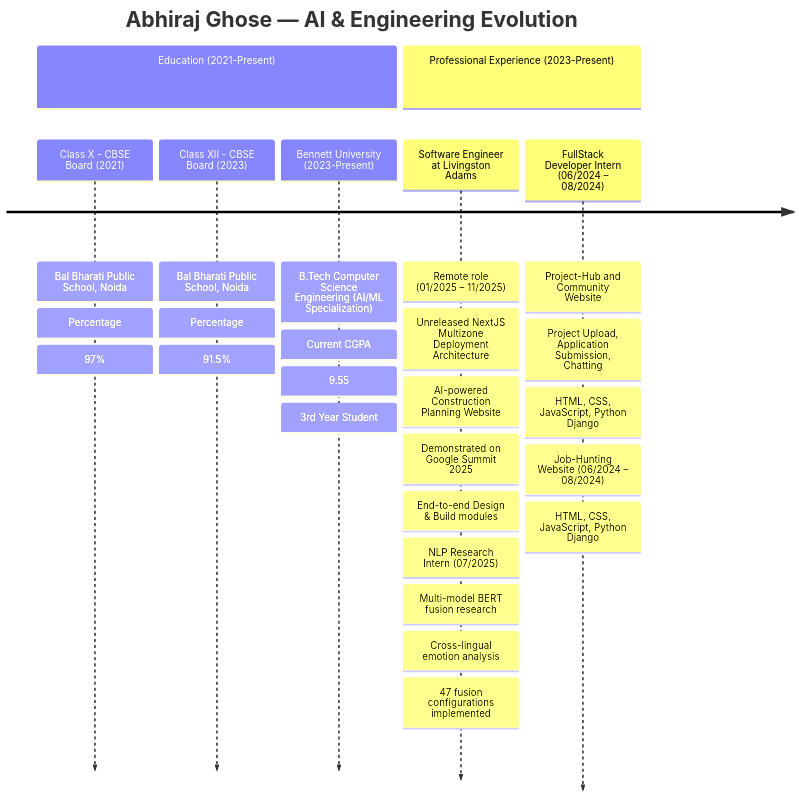
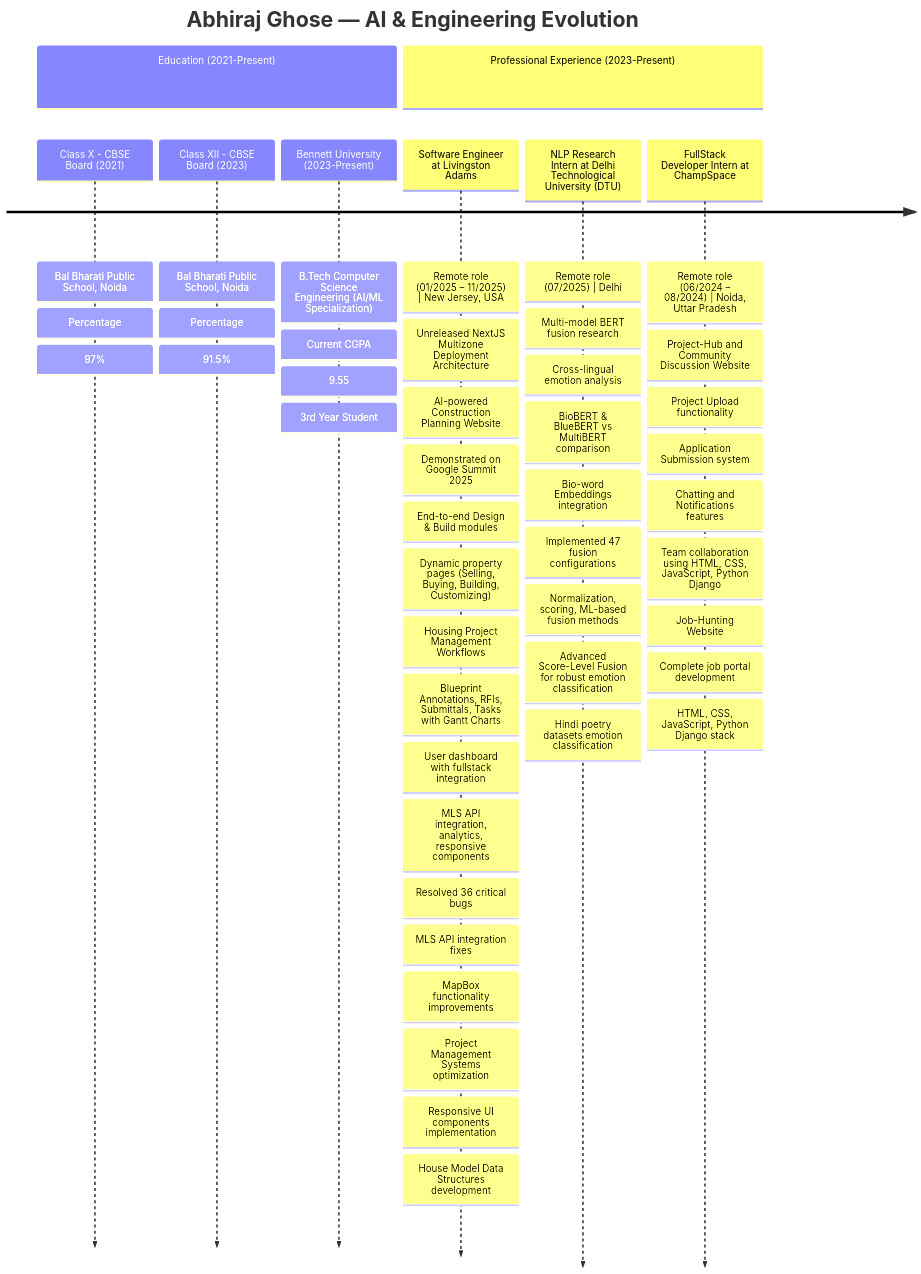
Before and after one commit to AetherSparks/AetherSparks: the diagram in README.md, drawn with Mermaid.

Commit message:
Professional Journey Expanded

````diff
--- a/README.md
+++ b/README.md
@@ -256,34 +256,55 @@
 ```mermaid
 timeline
     title Abhiraj Ghose — AI & Engineering Evolution
 
     section Education (2021-Present)
         Class X - CBSE Board (2021)
             : Bal Bharati Public School, Noida
             : Percentage: 97%
         Class XII - CBSE Board (2023)
             : Bal Bharati Public School, Noida
             : Percentage: 91.5%
         Bennett University (2023-Present)
             : B.Tech Computer Science Engineering (AI/ML Specialization)
             : Current CGPA: 9.55
             : 3rd Year Student
 
     section Professional Experience (2023-Present)
         Software Engineer at Livingston Adams
-            : Remote role (01/2025 – 11/2025)
+            : Remote role (01/2025 – 11/2025) | New Jersey, USA
                 : Unreleased NextJS Multizone Deployment Architecture
                 : AI-powered Construction Planning Website
                 : Demonstrated on Google Summit 2025
                 : End-to-end Design & Build modules
-            : NLP Research Intern (07/2025)
+                    : Dynamic property pages (Selling, Buying, Building, Customizing)
+                    : Housing Project Management Workflows
+                    : Blueprint Annotations, RFIs, Submittals, Tasks with Gantt Charts
+                    : User dashboard with fullstack integration
+                    : MLS API integration, analytics, responsive components
+                : Resolved 36 critical bugs
+                    : MLS API integration fixes
+                    : MapBox functionality improvements
+                    : Project Management Systems optimization
+                    : Responsive UI components implementation
+                    : House Model Data Structures development
+        NLP Research Intern at Delhi Technological University (DTU)
+            : Remote role (07/2025) | Delhi
                 : Multi-model BERT fusion research
                 : Cross-lingual emotion analysis
-                : 47 fusion configurations implemented
-        FullStack Developer Intern (06/2024 – 08/2024)
-            : Project-Hub and Community Website
-                : Project Upload, Application Submission, Chatting
-                : HTML, CSS, JavaScript, Python Django
-            : Job-Hunting Website (06/2024 – 08/2024)
-                : HTML, CSS, JavaScript, Python Django
+                : BioBERT & BlueBERT vs MultiBERT comparison
+                : Bio-word Embeddings integration
+                : Implemented 47 fusion configurations
+                    : Normalization, scoring, ML-based fusion methods
+                    : Advanced Score-Level Fusion for robust emotion classification
+                    : Hindi poetry datasets emotion classification
+        FullStack Developer Intern at ChampSpace
+            : Remote role (06/2024 – 08/2024) | Noida, Uttar Pradesh
+                : Project-Hub and Community Discussion Website
+                    : Project Upload functionality
+                    : Application Submission system
+                    : Chatting and Notifications features
+                    : Team collaboration using HTML, CSS, JavaScript, Python Django
+                : Job-Hunting Website
+                    : Complete job portal development
+                    : HTML, CSS, JavaScript, Python Django stack
 ```
````
